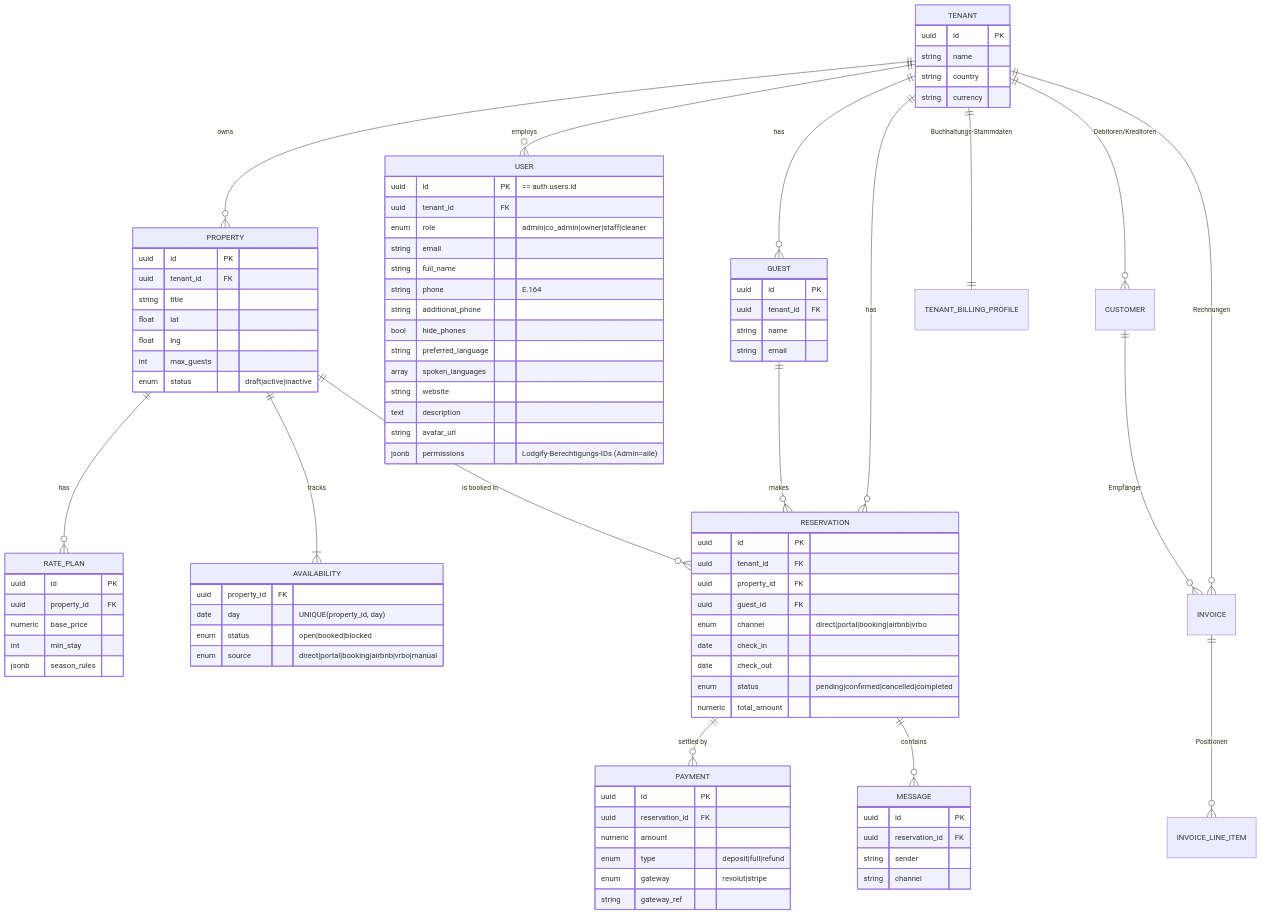
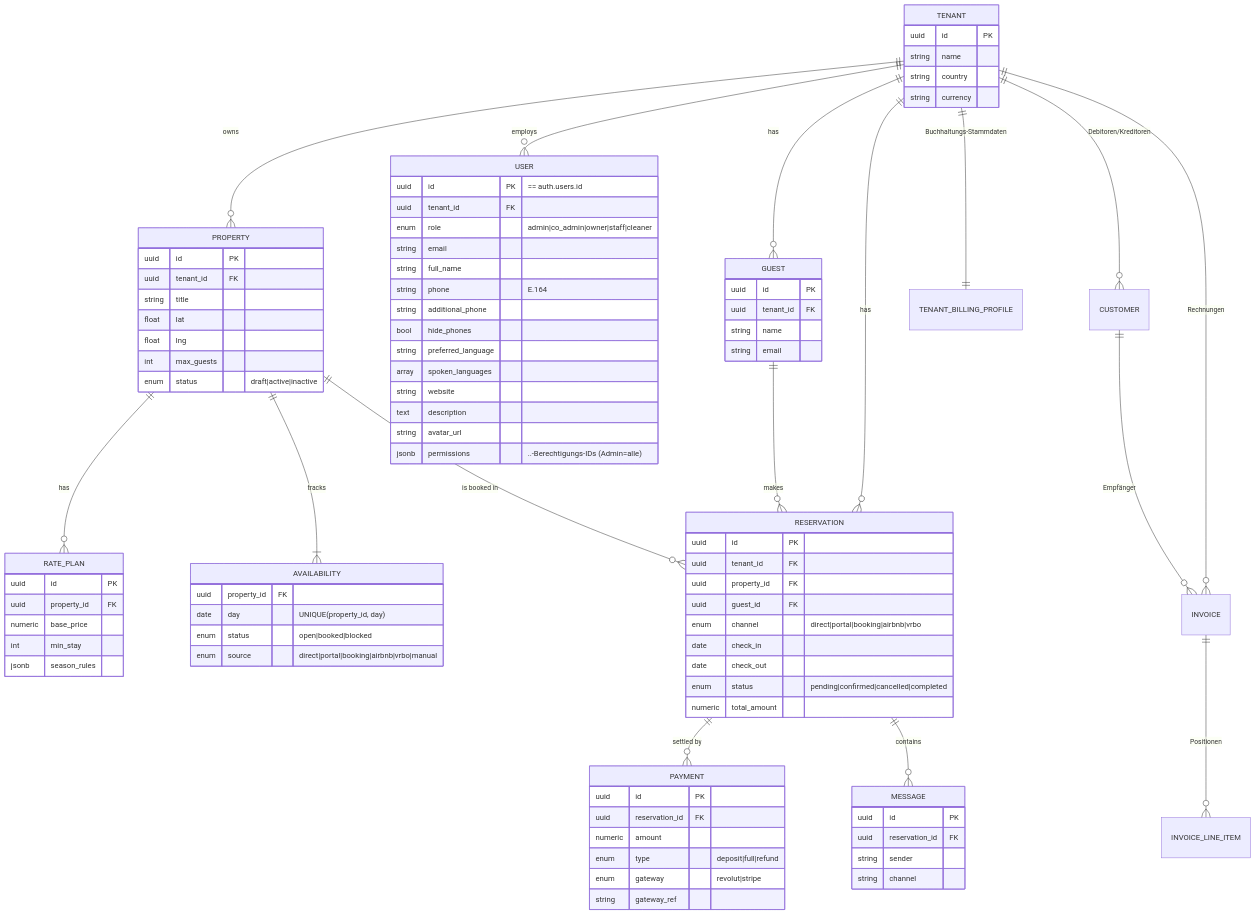
One commit to Andy1234567890-cmyk/NextDays changed the fifth of 17 diagrams in docs/ARCHITECTURE.md. Above: the diagram before and after it, drawn with Mermaid. The commit also changed other lines of this file and 203 other files, not shown here.

```diff
--- a/docs/ARCHITECTURE.md
+++ b/docs/ARCHITECTURE.md
@@ -278,7 +280,7 @@
         string website
         text description
         string avatar_url
-        jsonb permissions "Lodgify-Berechtigungs-IDs (Admin=alle)"
+        jsonb permissions "..-Berechtigungs-IDs (Admin=alle)"
     }
     PROPERTY {
         uuid id PK
```
